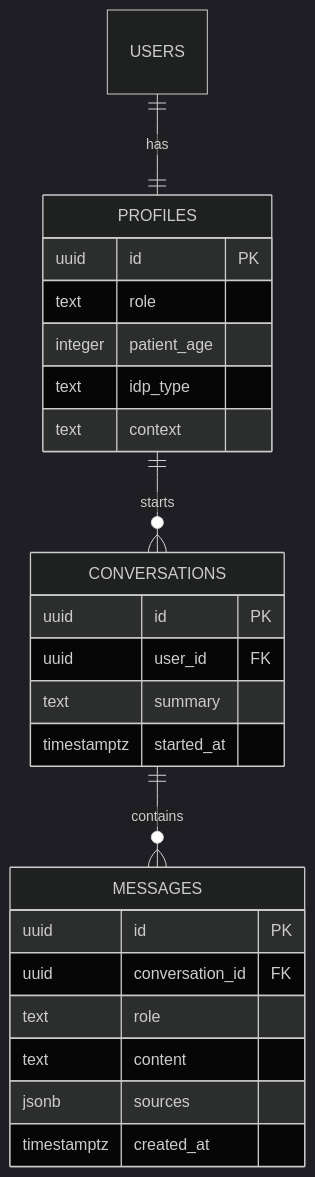
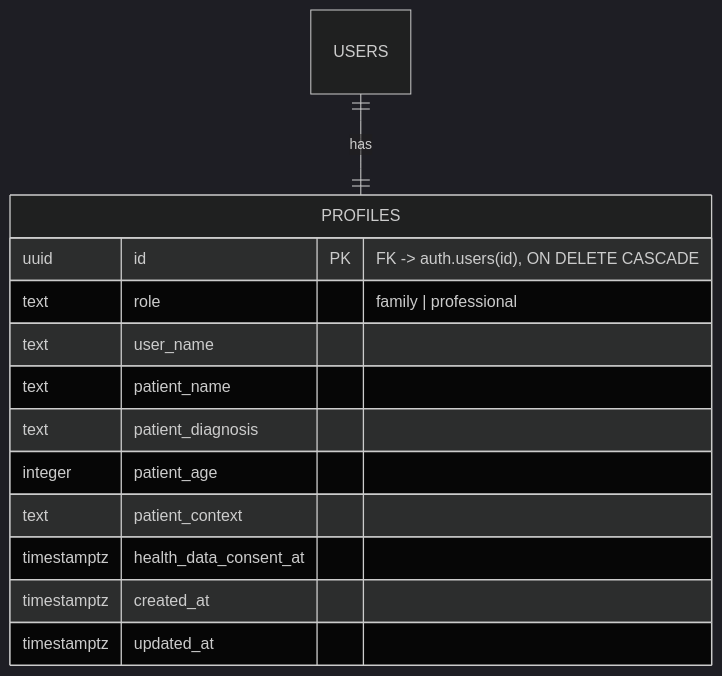
The third of 4 diagrams in docs/tech-spec.md (mimpho/aiip), drawn with Mermaid (dark theme) before and after one commit. The commit also changed other lines of this file and 13 other files, not shown here.

First line of the commit message:
docs(E-12): roadmap retrospective, official delivery template, and production deployment (#87)

````diff
--- a/docs/tech-spec.md
+++ b/docs/tech-spec.md
@@ -367,30 +380,17 @@
 ```mermaid
 erDiagram
     USERS ||--|| PROFILES : has
-    PROFILES ||--o{ CONVERSATIONS : starts
-    CONVERSATIONS ||--o{ MESSAGES : contains
 
     PROFILES {
-        uuid id PK
-        text role
+        uuid id PK "FK -> auth.users(id), ON DELETE CASCADE"
+        text role "family | professional"
+        text user_name
+        text patient_name
+        text patient_diagnosis
         integer patient_age
-        text idp_type
-        text context
-    }
-
-    CONVERSATIONS {
-        uuid id PK
-        uuid user_id FK
-        text summary
-        timestamptz started_at
-    }
-
-    MESSAGES {
-        uuid id PK
-        uuid conversation_id FK
-        text role
-        text content
-        jsonb sources
+        text patient_context
+        timestamptz health_data_consent_at
         timestamptz created_at
+        timestamptz updated_at
     }
 ```
````
